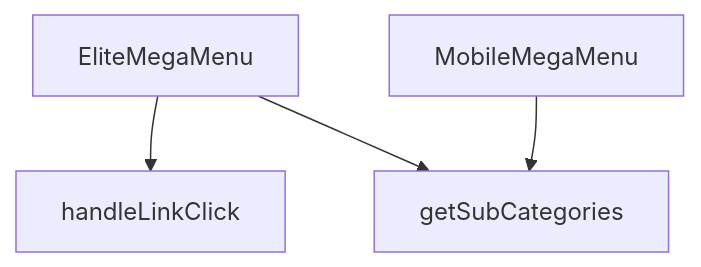
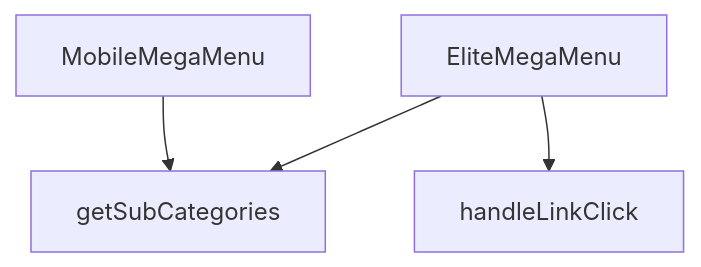
The diagram in src/components/navigation/EliteMegaMenu.md (peckop/venthub-hvac-esite), drawn with Mermaid before and after one commit. The commit also changed other lines of this file and 5 other files, not shown here.

````diff
--- a/src/components/navigation/EliteMegaMenu.md
+++ b/src/components/navigation/EliteMegaMenu.md
@@ -208,10 +210,10 @@
 ```mermaid
 graph TD
     EliteMegaMenu_tsx__EliteMegaMenu["EliteMegaMenu"]
     EliteMegaMenu_tsx__MobileMegaMenu["MobileMegaMenu"]
     EliteMegaMenu_tsx__getSubCategories["getSubCategories"]
     EliteMegaMenu_tsx__handleLinkClick["handleLinkClick"]
+    EliteMegaMenu_tsx__MobileMegaMenu --> EliteMegaMenu_tsx__getSubCategories
+    EliteMegaMenu_tsx__EliteMegaMenu --> EliteMegaMenu_tsx__getSubCategories
     EliteMegaMenu_tsx__EliteMegaMenu --> EliteMegaMenu_tsx__handleLinkClick
-    EliteMegaMenu_tsx__EliteMegaMenu --> EliteMegaMenu_tsx__getSubCategories
-    EliteMegaMenu_tsx__MobileMegaMenu --> EliteMegaMenu_tsx__getSubCategories
 ```
````
